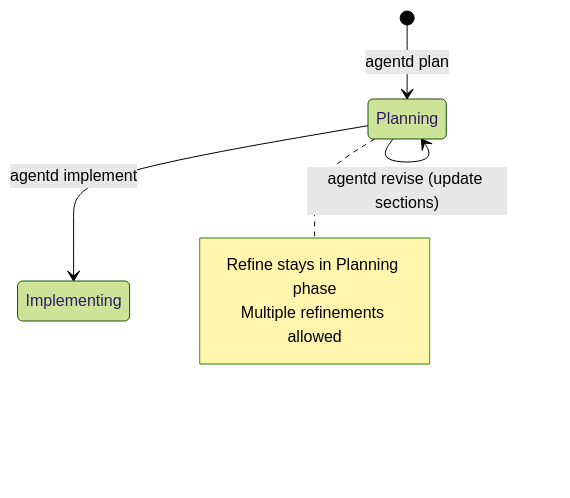
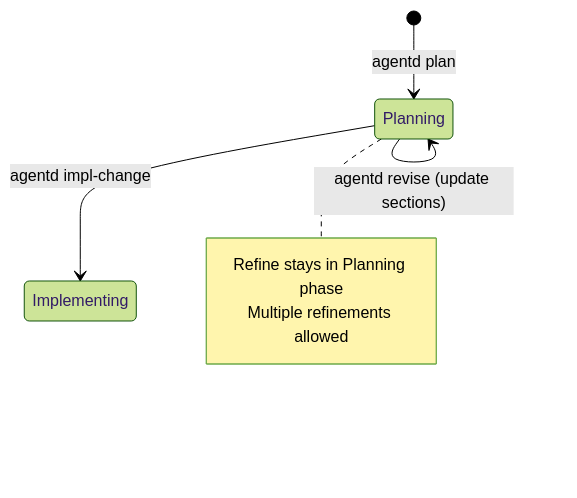
One commit to chrischeng-c4/agentd changed the second of 2 diagrams in agentd/specs/commands/core/refine.md. Above: the diagram before and after it, drawn with Mermaid (forest theme). The commit also changed other lines of this file and 108 other files, not shown here.

````diff
--- a/agentd/specs/commands/core/refine.md
+++ b/agentd/specs/commands/core/refine.md
@@ -140,12 +140,12 @@
 ```mermaid
 stateDiagram-v2
     [*] --> Planning: agentd plan
     Planning --> Planning: agentd refine (add requirements)
     Planning --> Planning: agentd revise (update sections)
-    Planning --> Implementing: agentd implement
+    Planning --> Implementing: agentd impl-change
 
     note right of Planning
         Refine stays in Planning phase
         Multiple refinements allowed
     end note
 ```
````
